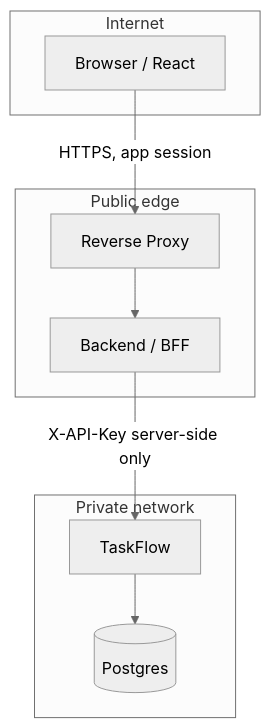
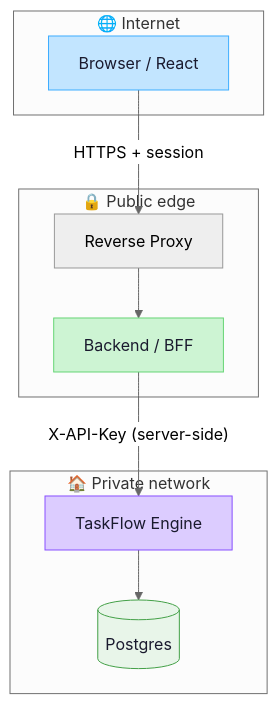
The sixth of 6 diagrams in docs/architecture.md (mortenaho/WorkFlowEngine), drawn with Mermaid (neutral theme) before and after one commit. The commit also changed other lines of this file and 1 other file, not shown here.

First line of the commit message:
Update architecture documentation with improved Mermaid diagrams and add Mermaid configuration for enhanced styling

````diff
--- a/docs/architecture.md
+++ b/docs/architecture.md
@@ -312,17 +322,24 @@
 ```mermaid
 flowchart TB
-  subgraph internet [Internet]
-    browser[Browser / React]
+  subgraph internet ["🌐 Internet"]
+    browser["Browser / React"]
   end
-  subgraph edge [Public edge]
-    proxy[Reverse Proxy]
-    app[Backend / BFF]
+  subgraph edge ["🔒 Public edge"]
+    proxy["Reverse Proxy"]
+    app["Backend / BFF"]
   end
-  subgraph private [Private network]
-    engine[TaskFlow]
-    db[(Postgres)]
+  subgraph private ["🏠 Private network"]
+    engine["TaskFlow Engine"]
+    db[("Postgres")]
   end
-  browser -->|"HTTPS, app session"| proxy --> app
-  app -->|"X-API-Key server-side only"| engine
+
+  browser -->|"HTTPS + session"| proxy
+  proxy --> app
+  app -->|"X-API-Key (server-side)"| engine
   engine --> db
+
+  style browser fill:#C2E5FF,stroke:#3DADFF,color:#1a1a2e
+  style app fill:#CDF4D3,stroke:#66D575,color:#1a1a2e
+  style engine fill:#DCCCFF,stroke:#874FFF,color:#1a1a2e
+  style db fill:#e8f5e9,stroke:#43a047,color:#1a1a2e
 ```
````
